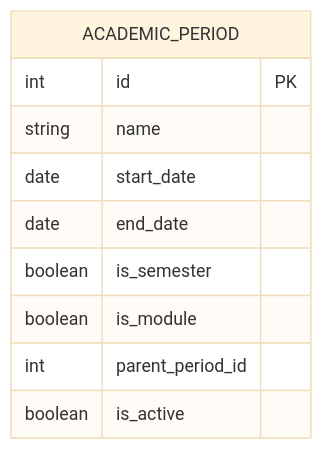
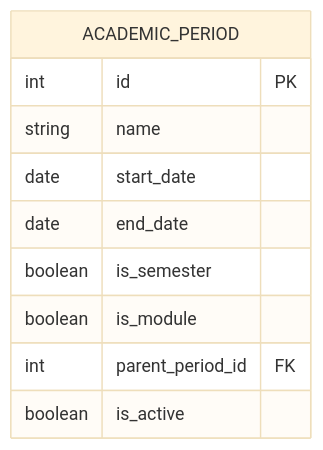
One commit to YuriSilenok/KPK_UP2_24-1P11 changed the diagram in S20/doc.md. Above: the diagram before and after it, drawn with Mermaid (base theme).

````diff
--- a/S20/doc.md
+++ b/S20/doc.md
@@ -118,13 +118,13 @@
 ```mermaid
 erDiagram
     ACADEMIC_PERIOD {
         int id PK
         string name
         date start_date
         date end_date
         boolean is_semester
         boolean is_module
-        int parent_period_id
+        int parent_period_id FK
         boolean is_active
     }
 ```
````
